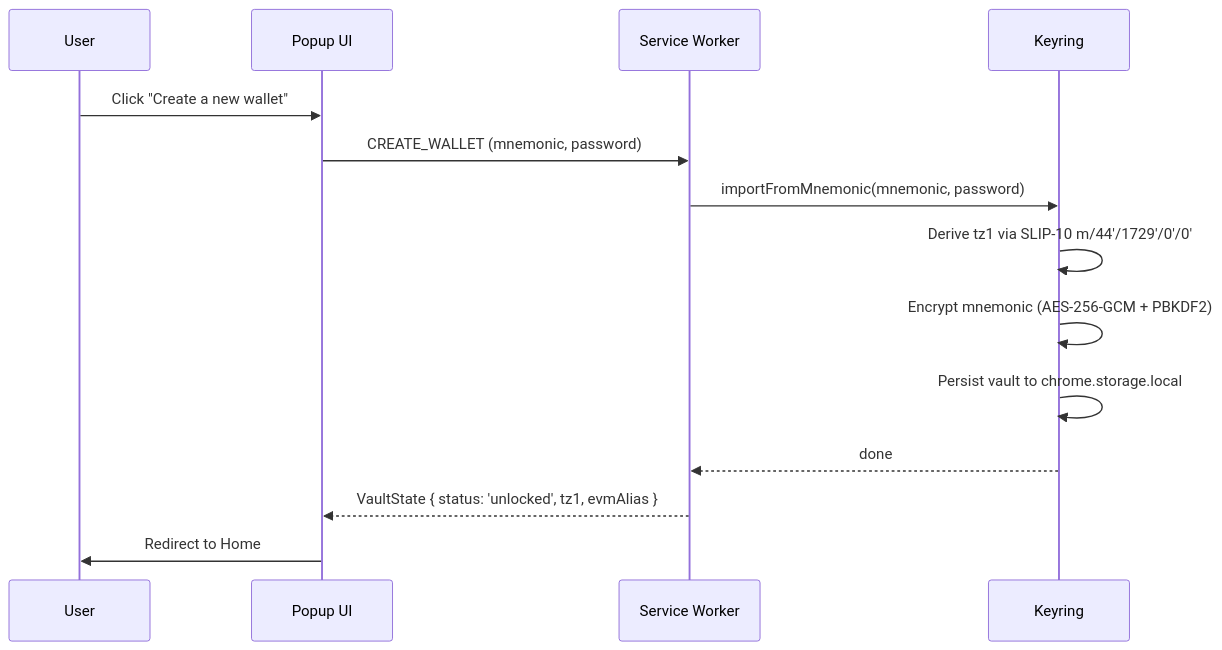
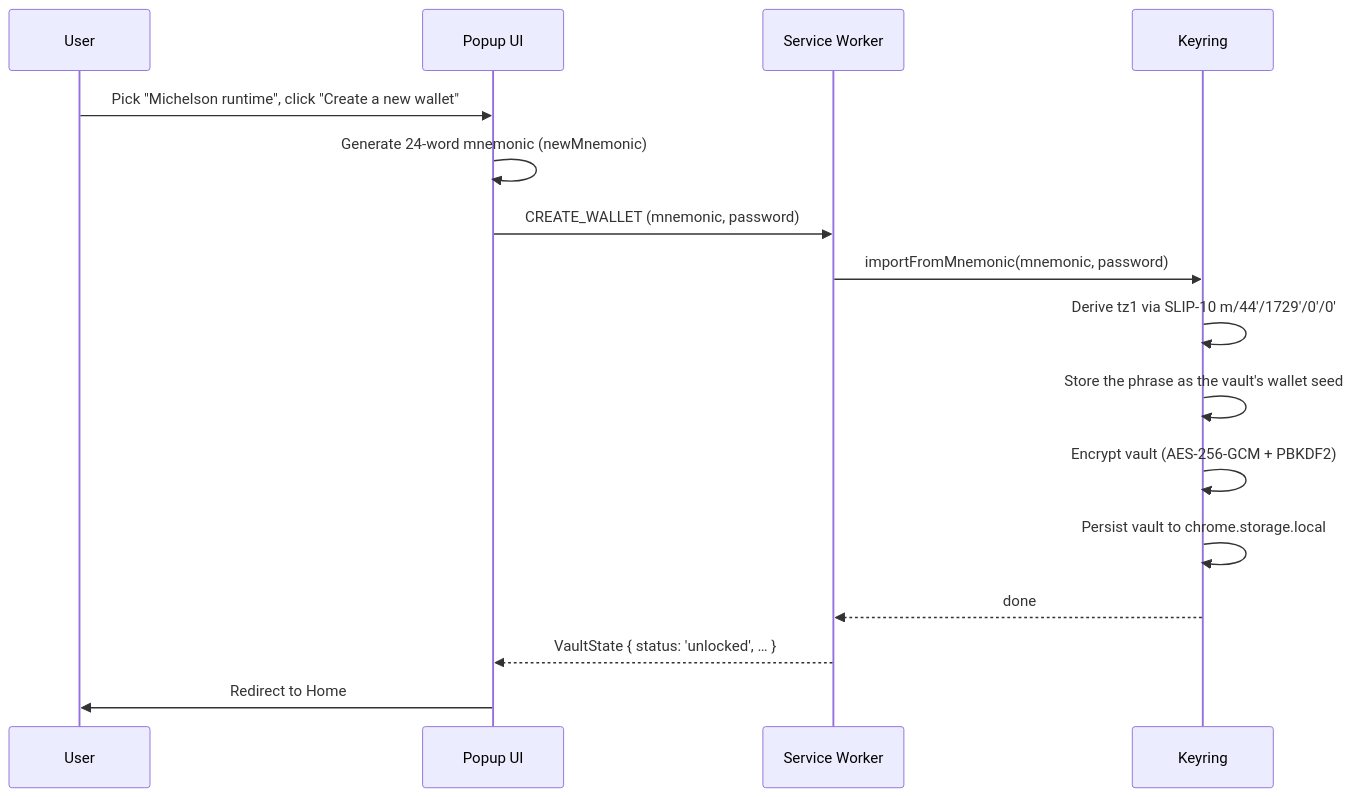
Before and after one commit to Rasalghulsslayer/tezos-x-wallet-mod: the diagram in website/wallet-docs/user-flows/create-wallet.md, drawn with Mermaid. The commit also changed other lines of this file and 57 other files, not shown here.

````diff
--- a/website/wallet-docs/user-flows/create-wallet.md
+++ b/website/wallet-docs/user-flows/create-wallet.md
@@ -13,17 +13,19 @@
 ```mermaid
 sequenceDiagram
     participant U as User
     participant UI as Popup UI
     participant SW as Service Worker
     participant KR as Keyring
 
-    U->>UI: Click "Create a new wallet"
+    U->>UI: Pick "Michelson runtime", click "Create a new wallet"
+    UI->>UI: Generate 24-word mnemonic (newMnemonic)
     UI->>SW: CREATE_WALLET (mnemonic, password)
     SW->>KR: importFromMnemonic(mnemonic, password)
     KR->>KR: Derive tz1 via SLIP-10 m/44'/1729'/0'/0'
-    KR->>KR: Encrypt mnemonic (AES-256-GCM + PBKDF2)
+    KR->>KR: Store the phrase as the vault's wallet seed
+    KR->>KR: Encrypt vault (AES-256-GCM + PBKDF2)
     KR->>KR: Persist vault to chrome.storage.local
     KR-->>SW: done
-    SW-->>UI: VaultState { status: 'unlocked', tz1, evmAlias }
+    SW-->>UI: VaultState { status: 'unlocked', … }
     UI->>U: Redirect to Home
 ```
````
